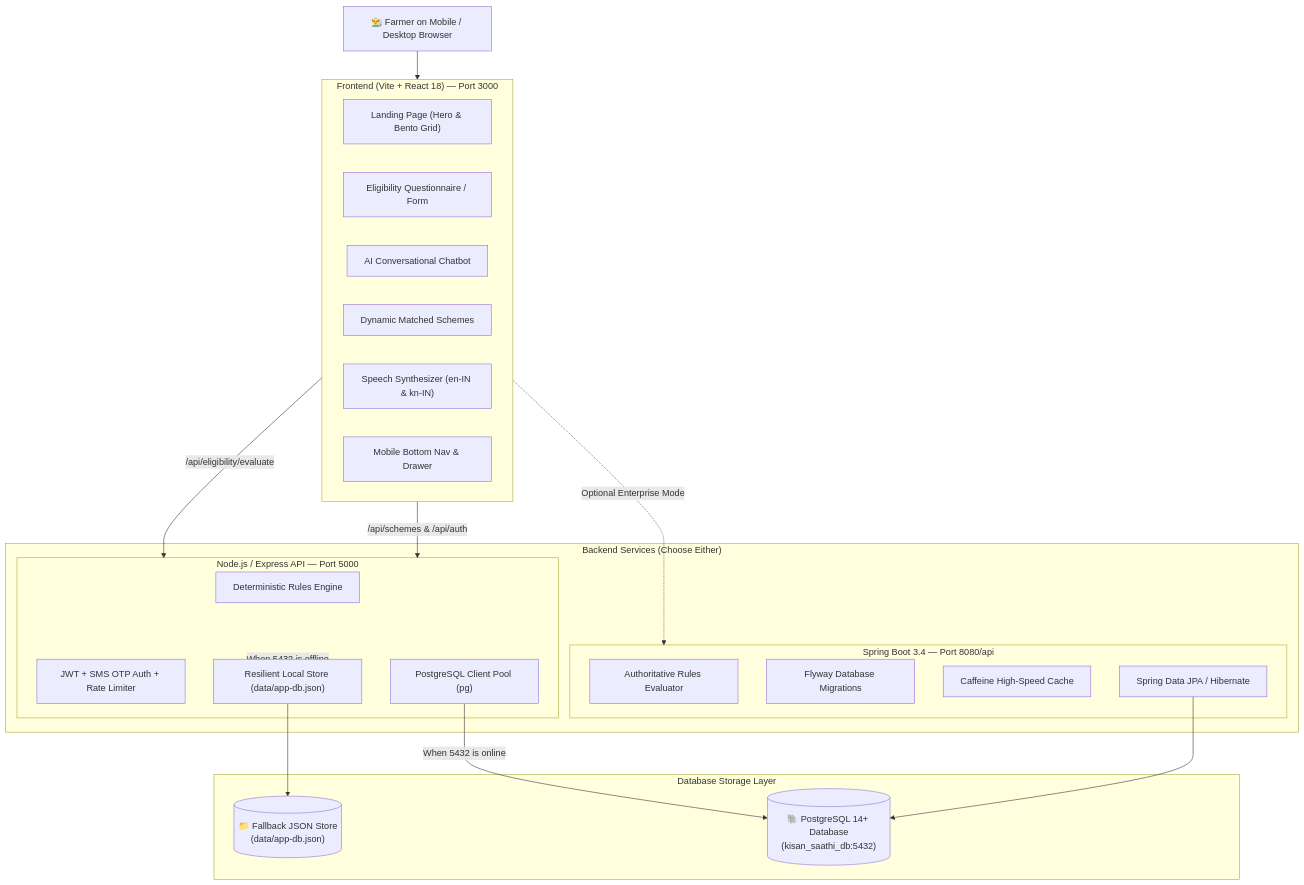
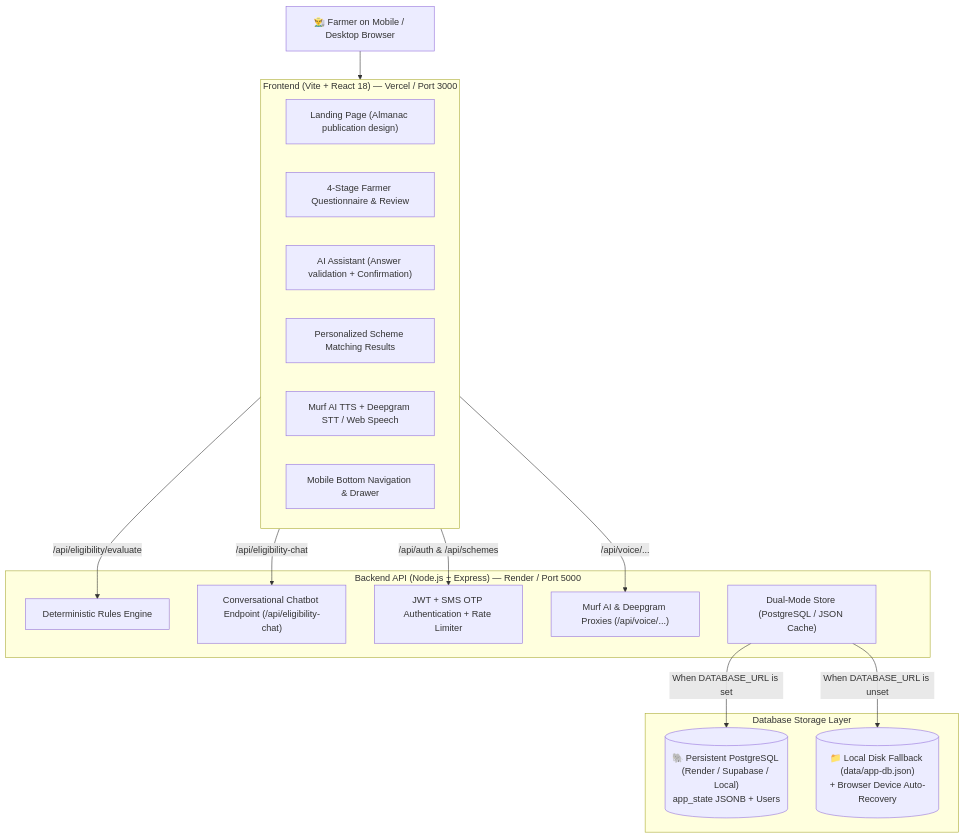
The diagram in README.md (Sujayhs07/Kisan_sathi_), drawn with Mermaid before and after one commit. The commit also changed other lines of this file, not shown here.

Commit message:
docs: update README.md with 4-stage questionnaire, AI validation, voice engines, and deployment guide

````diff
--- a/README.md
+++ b/README.md
@@ -122,43 +122,35 @@
 ```mermaid
 graph TD
     User["👨‍🌾 Farmer on Mobile / Desktop Browser"]
     
-    subgraph Frontend ["Frontend (Vite + React 18) — Port 3000"]
-        Landing["Landing Page (Hero & Bento Grid)"]
-        Wizard["Eligibility Questionnaire / Form"]
-        Chatbot["AI Conversational Chatbot"]
-        Results["Dynamic Matched Schemes"]
-        VoiceEngine["Speech Synthesizer (en-IN & kn-IN)"]
-        BottomNav["Mobile Bottom Nav & Drawer"]
+    subgraph Frontend ["Frontend (Vite + React 18) — Vercel / Port 3000"]
+        Landing["Landing Page (Almanac publication design)"]
+        Wizard["4-Stage Farmer Questionnaire & Review"]
+        Chatbot["AI Assistant (Answer validation + Confirmation)"]
+        Results["Personalized Scheme Matching Results"]
+        VoiceEngine["Murf AI TTS + Deepgram STT / Web Speech"]
+        BottomNav["Mobile Bottom Navigation & Drawer"]
     end
     
-    subgraph Backends ["Backend Services (Choose Either)"]
-        subgraph NodeServer ["Node.js / Express API — Port 5000"]
-            NodeRules["Deterministic Rules Engine"]
-            NodeAuth["JWT + SMS OTP Auth + Rate Limiter"]
-            NodeJSONStore["Resilient Local Store (data/app-db.json)"]
-            NodePgPool["PostgreSQL Client Pool (pg)"]
-        end
-        
-        subgraph JavaServer ["Spring Boot 3.4 — Port 8080/api"]
-            JavaRules["Authoritative Rules Evaluator"]
-            JavaFlyway["Flyway Database Migrations"]
-            JavaCache["Caffeine High-Speed Cache"]
-            JavaJPA["Spring Data JPA / Hibernate"]
-        end
+    subgraph Backend ["Backend API (Node.js + Express) — Render / Port 5000"]
+        NodeRules["Deterministic Rules Engine"]
+        NodeChat["Conversational Chatbot Endpoint (/api/eligibility-chat)"]
+        NodeAuth["JWT + SMS OTP Authentication + Rate Limiter"]
+        VoiceRoutes["Murf AI & Deepgram Proxies (/api/voice/...)"]
+        NodeStore["Dual-Mode Store (PostgreSQL / JSON Cache)"]
     end
     
     subgraph DatabaseLayer ["Database Storage Layer"]
-        PostgreSQL[("🐘 PostgreSQL 14+ Database<br/>(kisan_saathi_db:5432)")]
-        LocalJSON[("📁 Fallback JSON Store<br/>(data/app-db.json)")]
+        PostgreSQL[("🐘 Persistent PostgreSQL (Render / Supabase / Local)<br/>app_state JSONB + Users")]
+        LocalStore[("📁 Local Disk Fallback (data/app-db.json)<br/>+ Browser Device Auto-Recovery")]
     end
 
     User --> Frontend
-    Frontend -->|"/api/eligibility/evaluate"| NodeServer
-    Frontend -->|"/api/schemes & /api/auth"| NodeServer
-    Frontend -.->|"Optional Enterprise Mode"| JavaServer
+    Frontend -->|"/api/eligibility-chat"| NodeChat
+    Frontend -->|"/api/eligibility/evaluate"| NodeRules
+    Frontend -->|"/api/voice/..."| VoiceRoutes
+    Frontend -->|"/api/auth & /api/schemes"| NodeAuth
     
-    NodePgPool -->|When 5432 is online| PostgreSQL
-    NodeServer -->|When 5432 is offline| NodeJSONStore --> LocalJSON
-    JavaJPA --> PostgreSQL
+    NodeStore -->|When DATABASE_URL is set| PostgreSQL
+    NodeStore -->|When DATABASE_URL is unset| LocalStore
 ```
````
